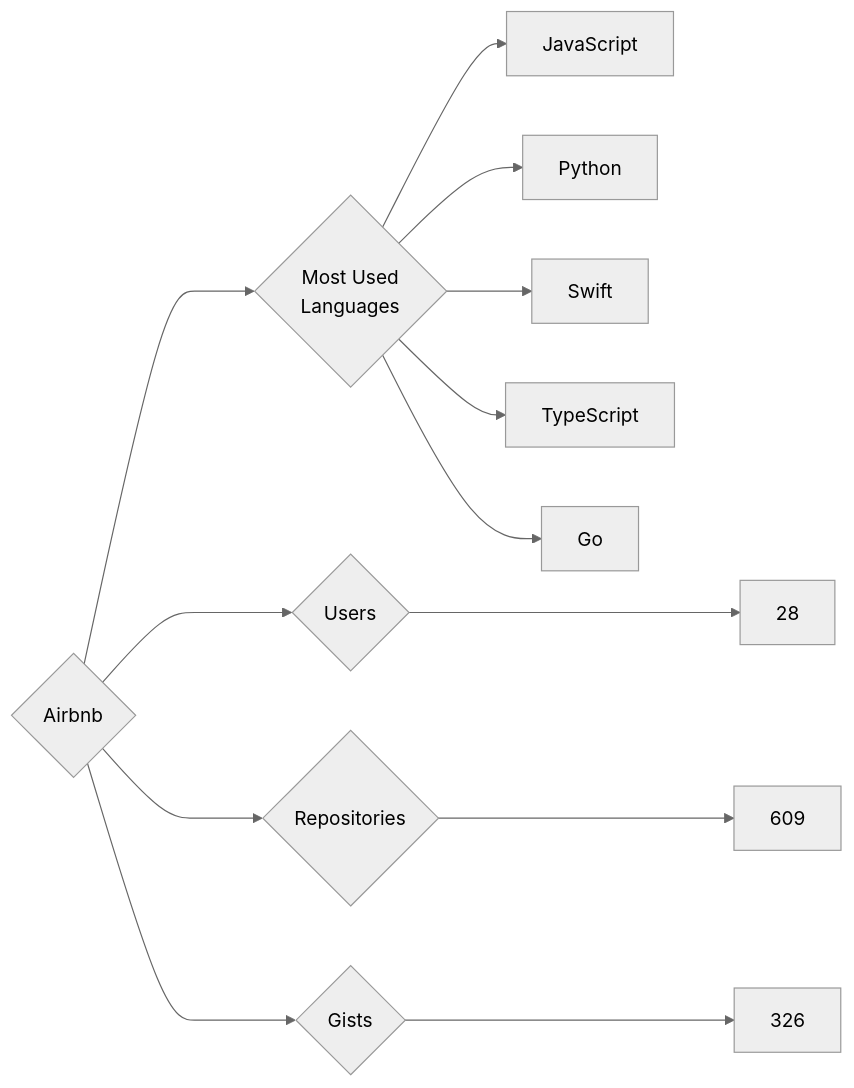
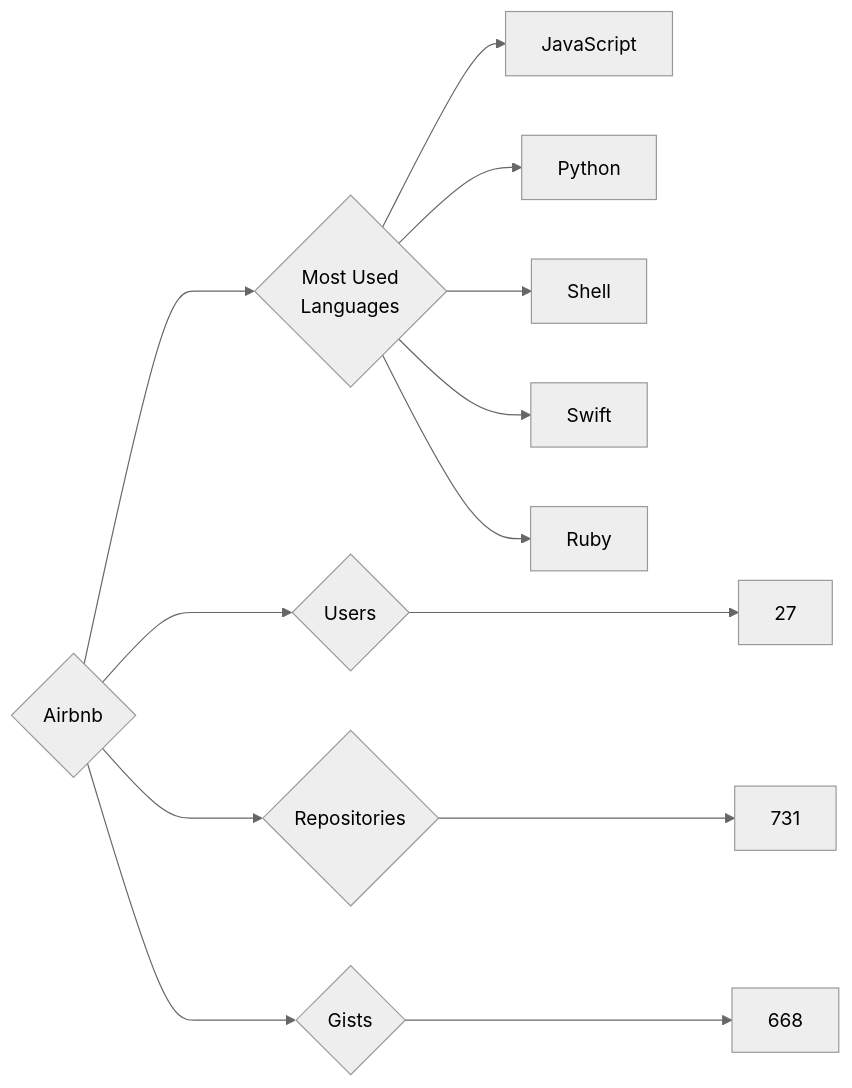
The diagram in targets/Airbnb/README.md (trickest/insiders), drawn with Mermaid (neutral theme) before and after one commit. The commit also changed 998 other files, not shown here.

````diff
--- a/targets/Airbnb/README.md
+++ b/targets/Airbnb/README.md
@@ -3,13 +3,13 @@
 ```mermaid
 graph LR
 COMPANY_NAME{Airbnb}
-COMPANY_NAME ---> U{Users} ---> UN[28]
-COMPANY_NAME ---> R{Repositories} ---> RN[609]
-COMPANY_NAME ---> G{Gists} ---> GN[326]
+COMPANY_NAME ---> U{Users} ---> UN[27]
+COMPANY_NAME ---> R{Repositories} ---> RN[731]
+COMPANY_NAME ---> G{Gists} ---> GN[668]
 COMPANY_NAME ---> ML{Most Used<br>Languages}
 ML --> JavaScript[JavaScript]
 ML --> Python[Python]
+ML --> Shell[Shell]
 ML --> Swift[Swift]
-ML --> TypeScript[TypeScript]
-ML --> Go[Go]
+ML --> Ruby[Ruby]
 ```
````
